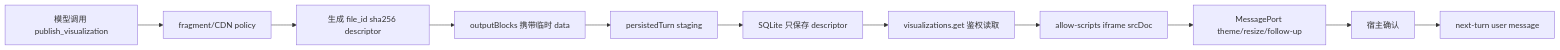
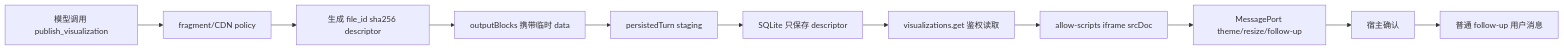
One commit to ysansan98/ant-chat changed the diagram in docs/plan/visualize-skill/ant-chat-integration-plan.md. Above: the diagram before and after it, drawn with Mermaid. The commit also changed other lines of this file and 17 other files, not shown here.

````diff
--- a/docs/plan/visualize-skill/ant-chat-integration-plan.md
+++ b/docs/plan/visualize-skill/ant-chat-integration-plan.md
@@ -19,13 +21,13 @@
 ```mermaid
 flowchart LR
   A[模型调用 publish_visualization] --> B[fragment/CDN policy]
   B --> C[生成 file_id sha256 descriptor]
   C --> D[outputBlocks 携带临时 data]
   D --> E[persistedTurn staging]
   E --> F[SQLite 只保存 descriptor]
   F --> G[visualizations.get 鉴权读取]
   G --> H[allow-scripts iframe srcDoc]
   H --> I[MessagePort theme/resize/follow-up]
   I --> J[宿主确认]
-  J --> K[next-turn user message]
+  J --> K[普通 follow-up 用户消息]
 ```
````
